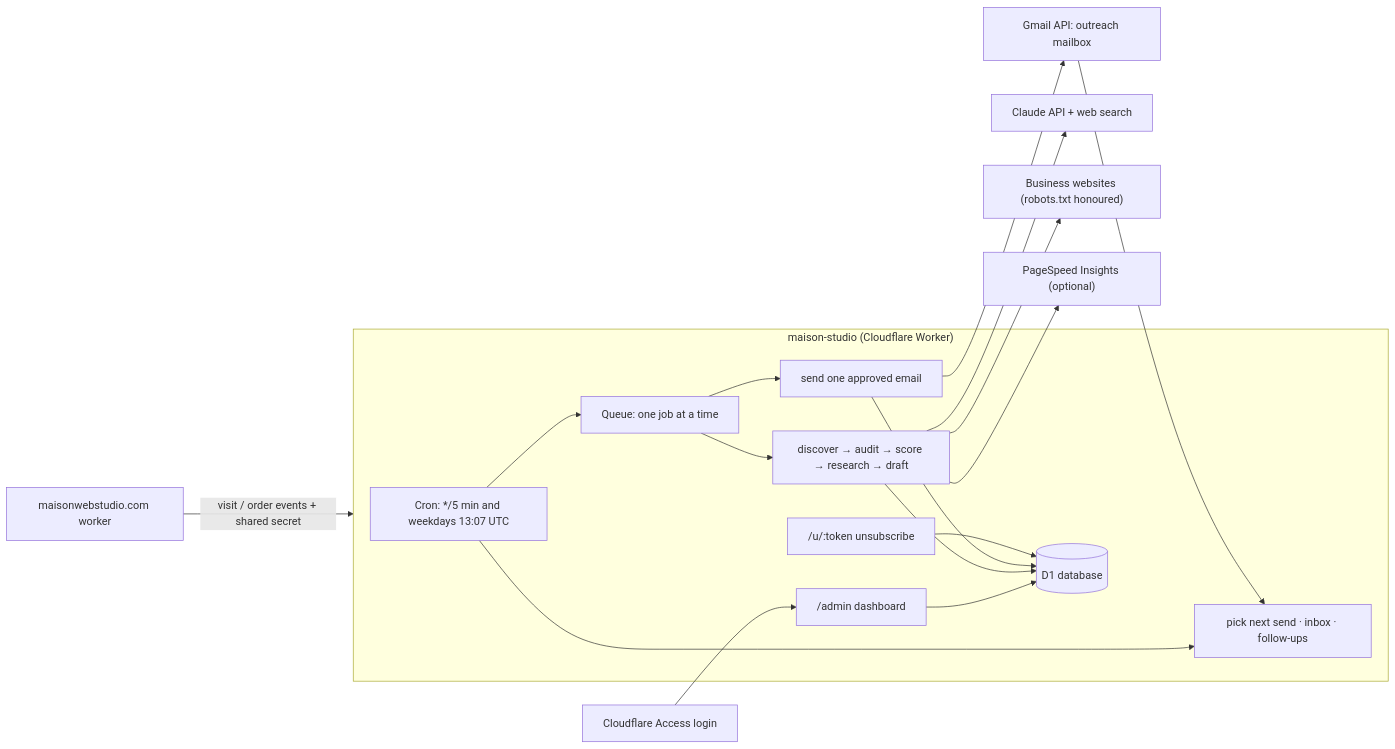
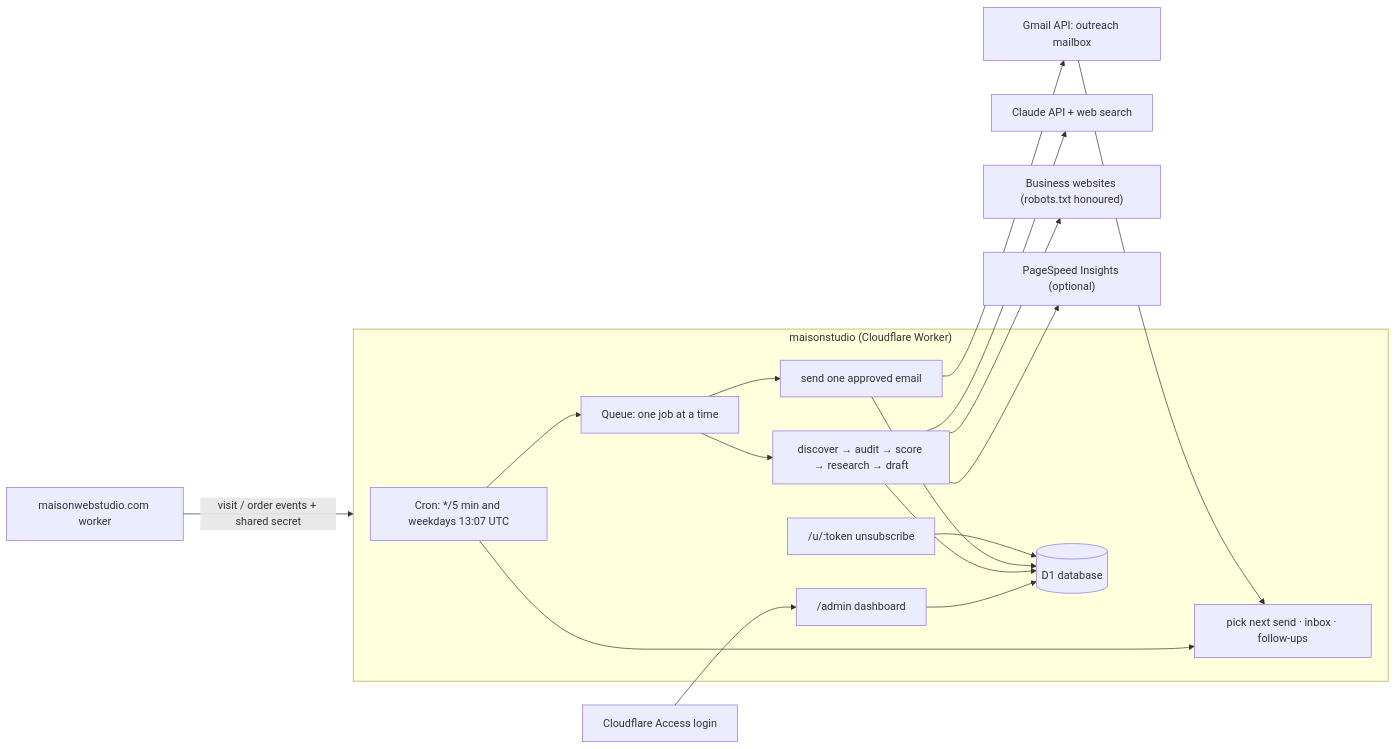
Before and after one commit to LisaJeanPhilippe/maisonwebstudio: the diagram in studio/README.md, drawn with Mermaid. The commit also changed other lines of this file and 3 other files, not shown here.

First line of the commit message:
Studio: run on one cron trigger (Free plan limit), rename Worker to maisonstudio

````diff
--- a/studio/README.md
+++ b/studio/README.md
@@ -19,20 +19,20 @@
 ```mermaid
 flowchart LR
-  subgraph Worker["maison-studio (Cloudflare Worker)"]
+  subgraph Worker["maisonstudio (Cloudflare Worker)"]
     CRON["Cron: */5 min and weekdays 13:07 UTC"] --> Q["Queue: one job at a time"]
     Q --> PIPE["discover → audit → score → research → draft"]
     Q --> SEND["send one approved email"]
     CRON --> TICK["pick next send · inbox · follow-ups"]
     ADMIN["/admin dashboard"] --> D1[("D1 database")]
     PIPE --> D1
     SEND --> D1
     UNSUB["/u/:token unsubscribe"] --> D1
   end
   ACCESS["Cloudflare Access login"] --> ADMIN
   PIPE --> CLAUDE["Claude API + web search"]
   PIPE --> SITES["Business websites (robots.txt honoured)"]
   PIPE --> PSI["PageSpeed Insights (optional)"]
   SEND --> GMAIL["Gmail API: outreach mailbox"]
   GMAIL --> TICK
   WEB["maisonwebstudio.com worker"] -- "visit / order events + shared secret" --> Worker
 ```
````
